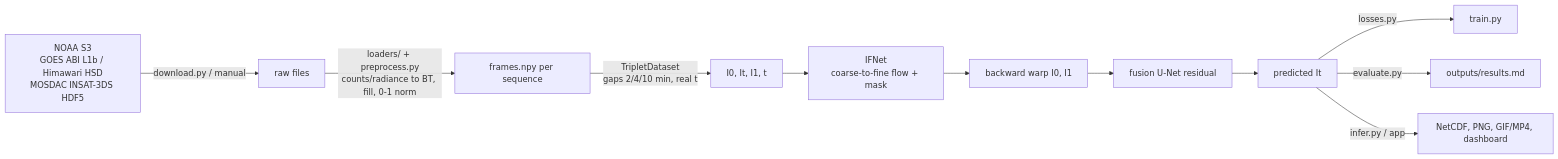
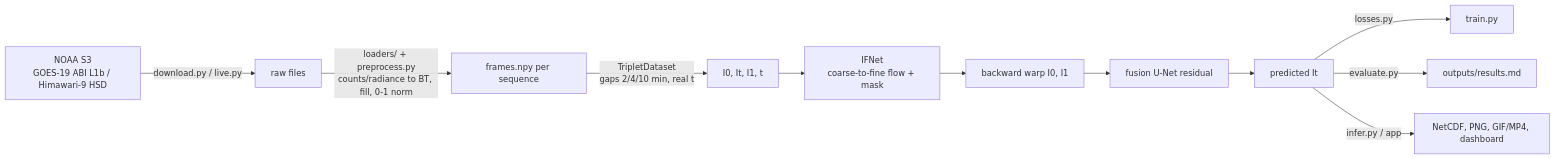
One commit to riddheshmorankar53-crypto/satfin changed the diagram in README.md. Above: the diagram before and after it, drawn with Mermaid. The commit also changed other lines of this file, not shown here.

Commit message:
README: drop INSAT-3DS, project uses GOES-19 (dataset) and Himawari-9 (live)

````diff
--- a/README.md
+++ b/README.md
@@ -8,13 +8,13 @@
 ```mermaid
 flowchart LR
-  A[NOAA S3<br>GOES ABI L1b / Himawari HSD<br>MOSDAC INSAT-3DS HDF5] -->|download.py / manual| B[raw files]
+  A[NOAA S3<br>GOES-19 ABI L1b / Himawari-9 HSD] -->|download.py / live.py| B[raw files]
   B -->|loaders/ + preprocess.py<br>counts/radiance to BT, fill, 0-1 norm| C[frames.npy per sequence]
   C -->|TripletDataset<br>gaps 2/4/10 min, real t| D[I0, It, I1, t]
   D --> E[IFNet<br>coarse-to-fine flow + mask]
   E --> F[backward warp I0, I1]
   F --> G[fusion U-Net residual]
   G --> H[predicted It]
   H -->|losses.py| I[train.py]
   H -->|evaluate.py| J[outputs/results.md]
   H -->|infer.py / app| K[NetCDF, PNG, GIF/MP4, dashboard]
 ```
````
